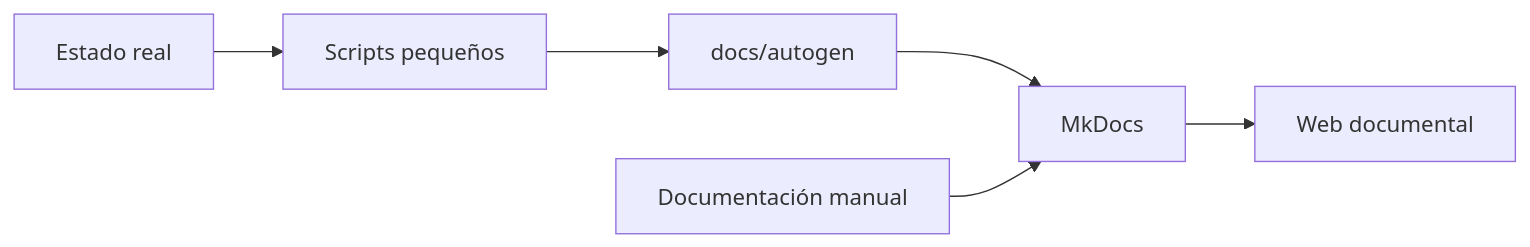
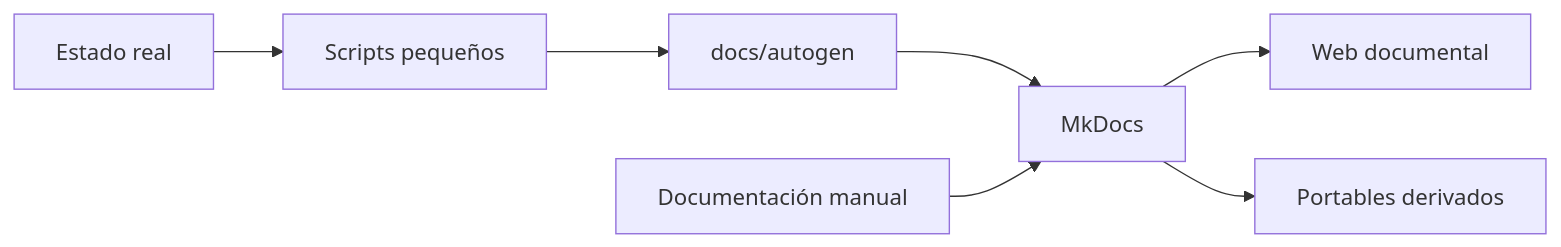
Before and after one commit to ratienza/infra-replicant-lab: the diagram in docs/autodocumentacion.md, drawn with Mermaid. The commit also changed other lines of this file and 14 other files, not shown here.

````diff
--- a/docs/autodocumentacion.md
+++ b/docs/autodocumentacion.md
@@ -29,8 +27,9 @@
 ```mermaid
 flowchart LR
     H[Estado real] --> S[Scripts pequeños]
     S --> A[docs/autogen]
     A --> M[MkDocs]
     D[Documentación manual] --> M
     M --> WEB[Web documental]
+    M --> P[Portables derivados]
 ```
````
